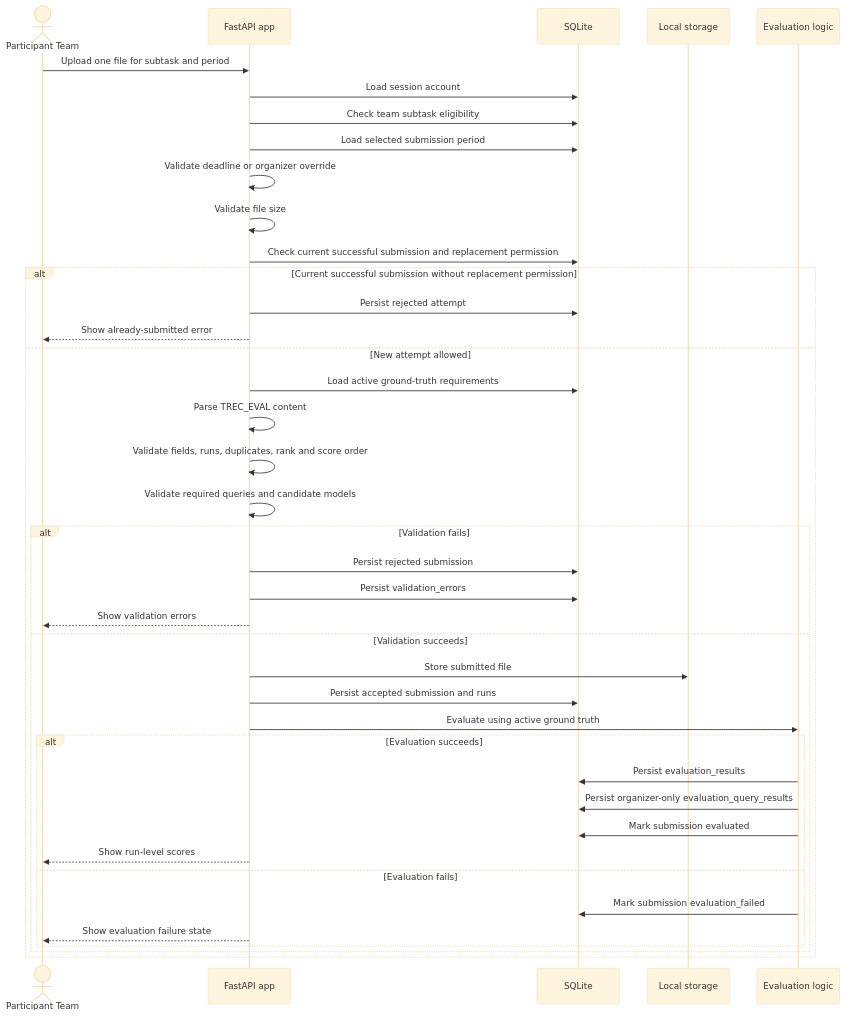
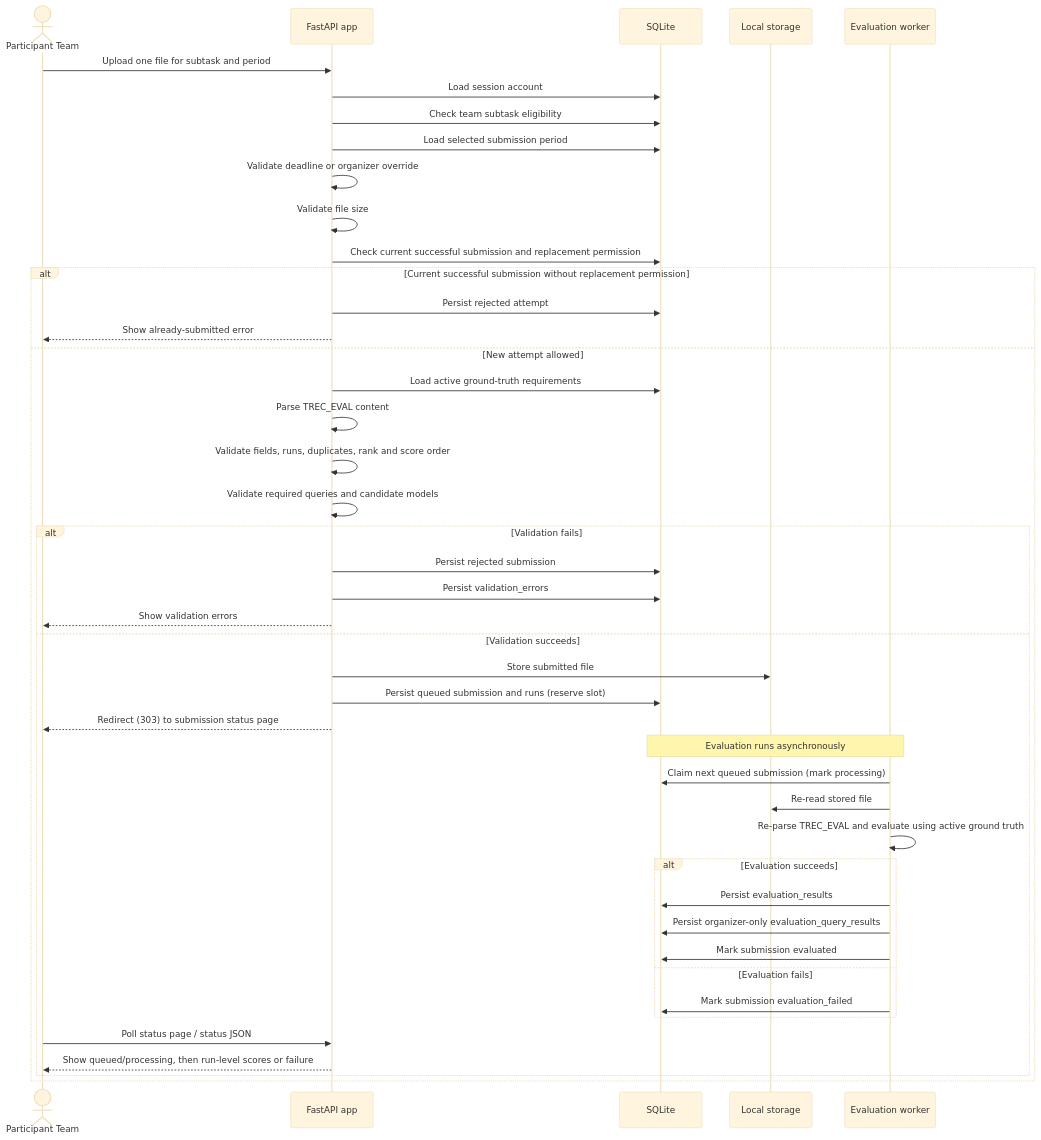
Before and after one commit to modelretrieval-1/modelretrieval-1-submission-site: the diagram in docs/technical/submission-spec.md, drawn with Mermaid (base theme). The commit also changed other lines of this file and 7 other files, not shown here.

First line of the commit message:
docs: document asynchronous submission evaluation

````diff
--- a/docs/technical/submission-spec.md
+++ b/docs/technical/submission-spec.md
@@ -23,46 +23,51 @@
 ```mermaid
 sequenceDiagram
   actor Team as Participant Team
   participant App as FastAPI app
   participant DB as SQLite
   participant Storage as Local storage
-  participant Eval as Evaluation logic
+  participant Worker as Evaluation worker
 
   Team->>App: Upload one file for subtask and period
   App->>DB: Load session account
   App->>DB: Check team subtask eligibility
   App->>DB: Load selected submission period
   App->>App: Validate deadline or organizer override
   App->>App: Validate file size
   App->>DB: Check current successful submission and replacement permission
 
   alt Current successful submission without replacement permission
     App->>DB: Persist rejected attempt
     App-->>Team: Show already-submitted error
   else New attempt allowed
     App->>DB: Load active ground-truth requirements
     App->>App: Parse TREC_EVAL content
     App->>App: Validate fields, runs, duplicates, rank and score order
     App->>App: Validate required queries and candidate models
 
     alt Validation fails
       App->>DB: Persist rejected submission
       App->>DB: Persist validation_errors
       App-->>Team: Show validation errors
     else Validation succeeds
       App->>Storage: Store submitted file
-      App->>DB: Persist accepted submission and runs
-      App->>Eval: Evaluate using active ground truth
+      App->>DB: Persist queued submission and runs (reserve slot)
+      App-->>Team: Redirect (303) to submission status page
+
+      Note over Worker,DB: Evaluation runs asynchronously
+      Worker->>DB: Claim next queued submission (mark processing)
+      Worker->>Storage: Re-read stored file
+      Worker->>Worker: Re-parse TREC_EVAL and evaluate using active ground truth
 
       alt Evaluation succeeds
-        Eval->>DB: Persist evaluation_results
-        Eval->>DB: Persist organizer-only evaluation_query_results
-        Eval->>DB: Mark submission evaluated
-        App-->>Team: Show run-level scores
+        Worker->>DB: Persist evaluation_results
+        Worker->>DB: Persist organizer-only evaluation_query_results
+        Worker->>DB: Mark submission evaluated
       else Evaluation fails
-        Eval->>DB: Mark submission evaluation_failed
-        App-->>Team: Show evaluation failure state
+        Worker->>DB: Mark submission evaluation_failed
       end
+      Team->>App: Poll status page / status JSON
+      App-->>Team: Show queued/processing, then run-level scores or failure
     end
   end
 ```
````
